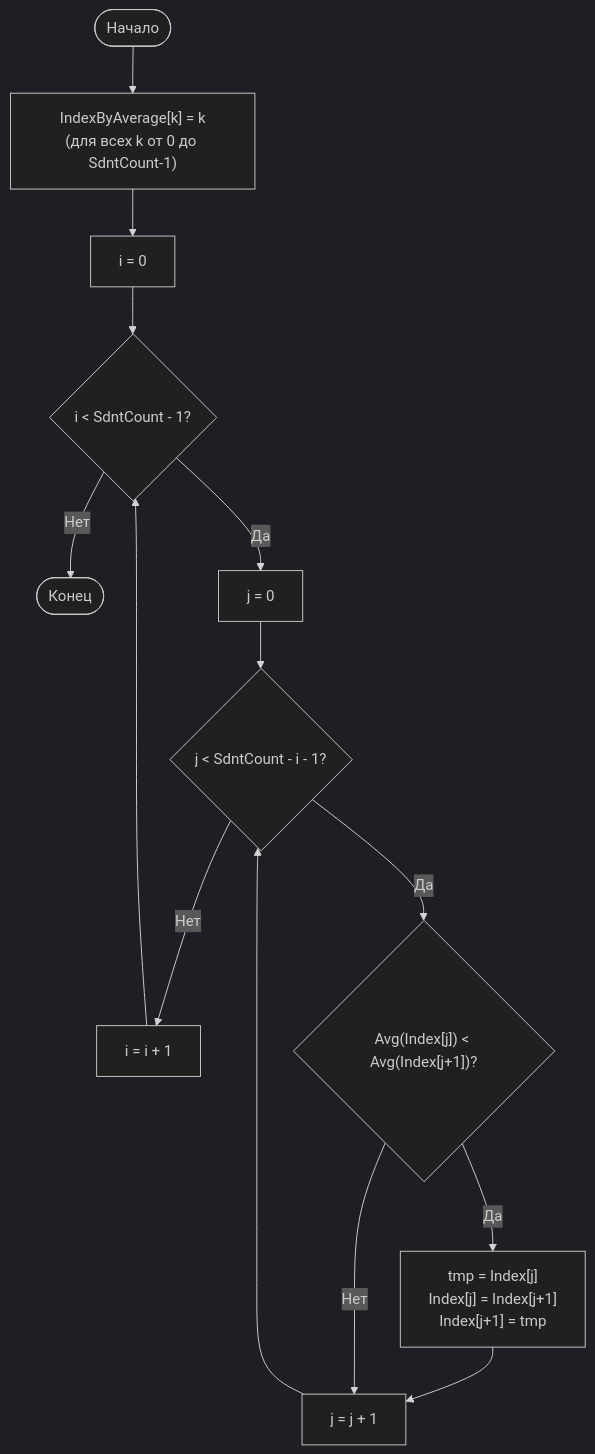
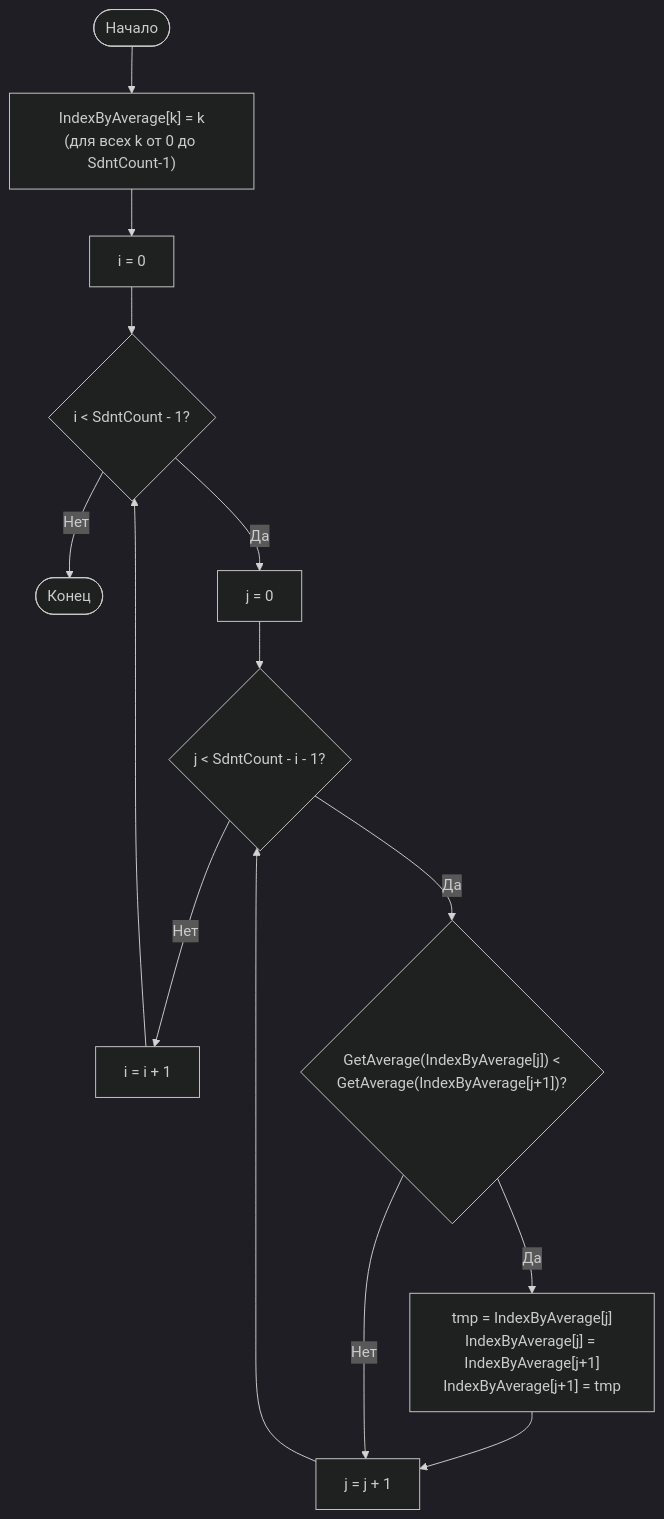
Before and after one commit to Zrossiz/toi: the second of 4 diagrams in README.md, drawn with Mermaid (dark theme). The commit also changed other lines of this file, not shown here.

````diff
--- a/README.md
+++ b/README.md
@@ -62,22 +45,21 @@
 ```mermaid
 flowchart TD
     Start([Начало]) --> InitArr["IndexByAverage[k] = k<br/>(для всех k от 0 до SdntCount-1)"]
     InitArr --> InitI["i = 0"]
     InitI --> CondI{"i < SdntCount - 1?"}
 
     CondI -- Нет --> End([Конец])
     CondI -- Да --> InitJ["j = 0"]
 
     InitJ --> CondJ{"j < SdntCount - i - 1?"}
     CondJ -- Нет --> IncI["i = i + 1"]
     IncI --> CondI
 
-    CondJ -- Да --> CheckSwap{"Avg(Index[j]) < Avg(Index[j+1])?"}
+    CondJ -- Да --> CheckSwap{"GetAverage(IndexByAverage[j]) <<br/>GetAverage(IndexByAverage[j+1])?"}
 
-    CheckSwap -- Да --> Swap["tmp = Index[j]<br/>Index[j] = Index[j+1]<br/>Index[j+1] = tmp"]
+    CheckSwap -- Да --> Swap["tmp = IndexByAverage[j]<br/>IndexByAverage[j] = IndexByAverage[j+1]<br/>IndexByAverage[j+1] = tmp"]
     Swap --> IncJ["j = j + 1"]
 
     CheckSwap -- Нет --> IncJ
     IncJ --> CondJ
-
 ```
````
